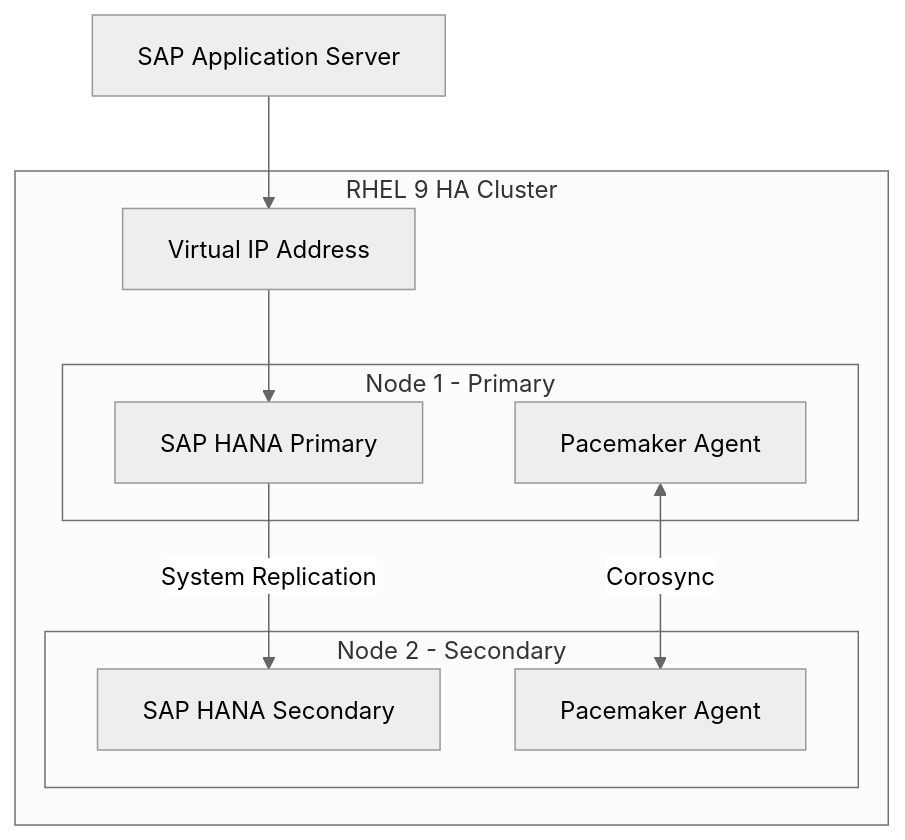
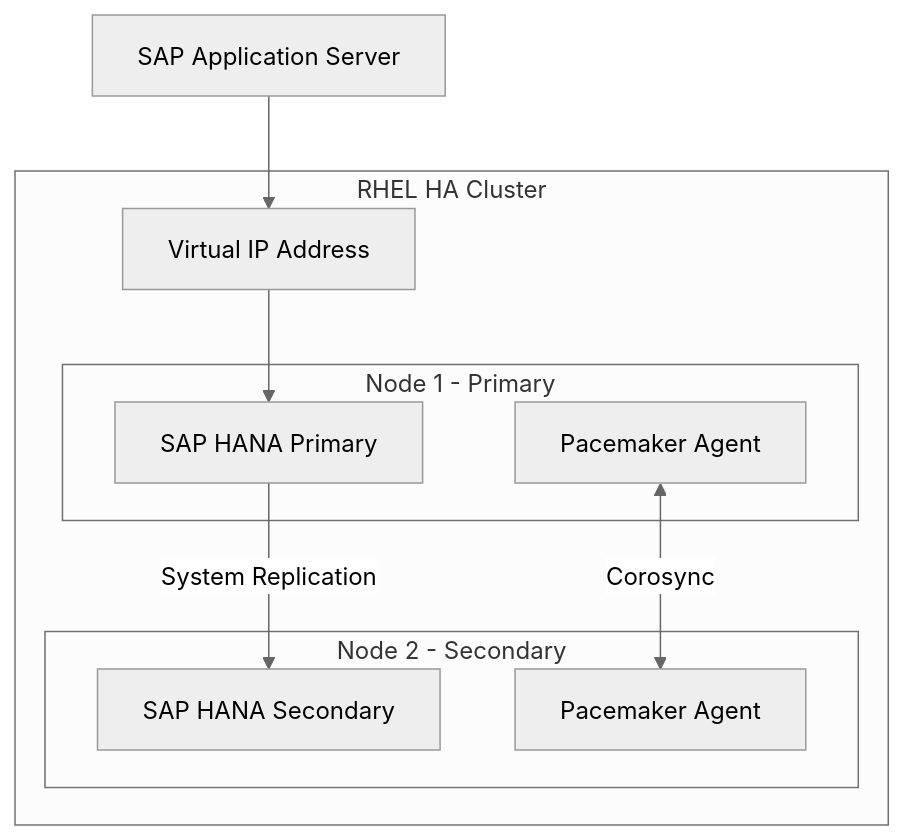
One commit to OneUptime/blog changed the first of 2 diagrams in posts/2026-03-04-configure-rhel-9-high-availability-sap-hana-system-replication/README.md. Above: the diagram before and after it, drawn with Mermaid (neutral theme). The commit also changed other lines of this file and 4866 other files, not shown here.

````diff
--- a/posts/2026-03-04-configure-rhel-9-high-availability-sap-hana-system-replication/README.md
+++ b/posts/2026-03-04-configure-rhel-9-high-availability-sap-hana-system-replication/README.md
@@ -15,18 +15,18 @@
 ```mermaid
 graph TB
-    subgraph "RHEL 9 HA Cluster"
+    subgraph "RHEL HA Cluster"
         subgraph "Node 1 - Primary"
             HANA1[SAP HANA Primary]
             PA1[Pacemaker Agent]
         end
         subgraph "Node 2 - Secondary"
             HANA2[SAP HANA Secondary]
             PA2[Pacemaker Agent]
         end
         VIP[Virtual IP Address]
         HANA1 -->|System Replication| HANA2
         PA1 <-->|Corosync| PA2
         VIP --> HANA1
     end
     Client[SAP Application Server] --> VIP
 ```
````
